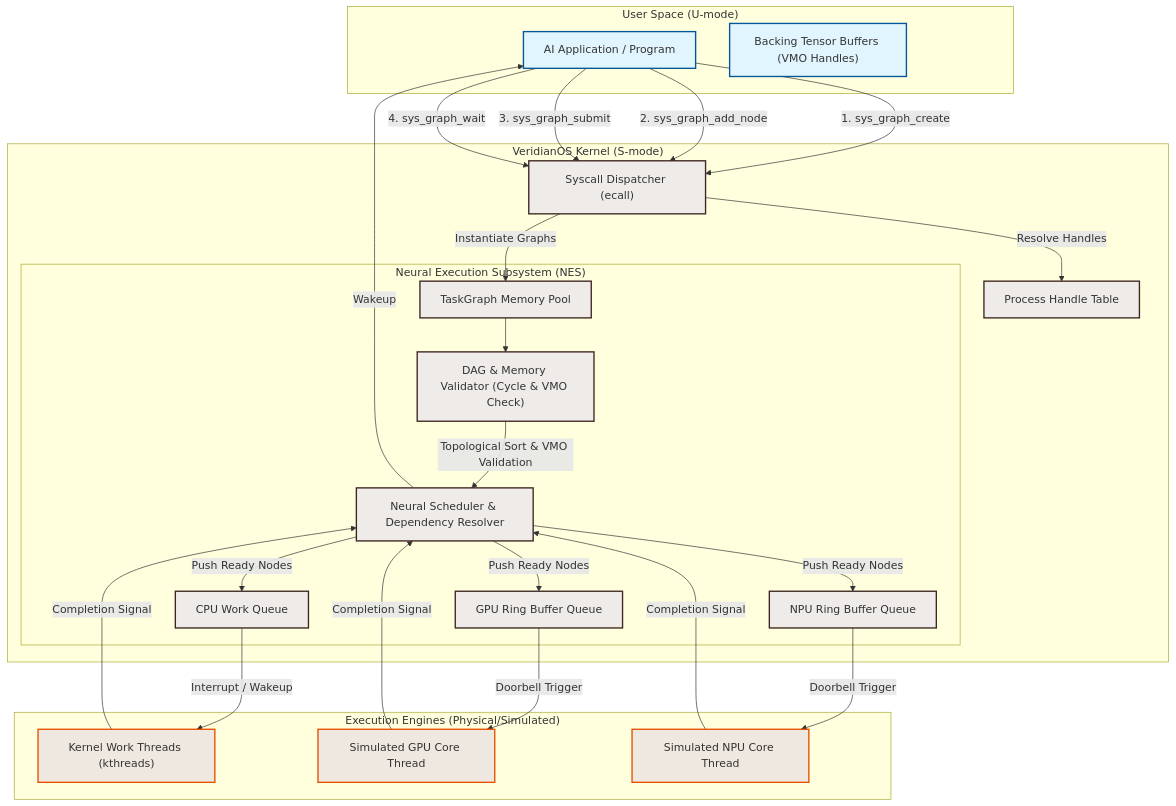
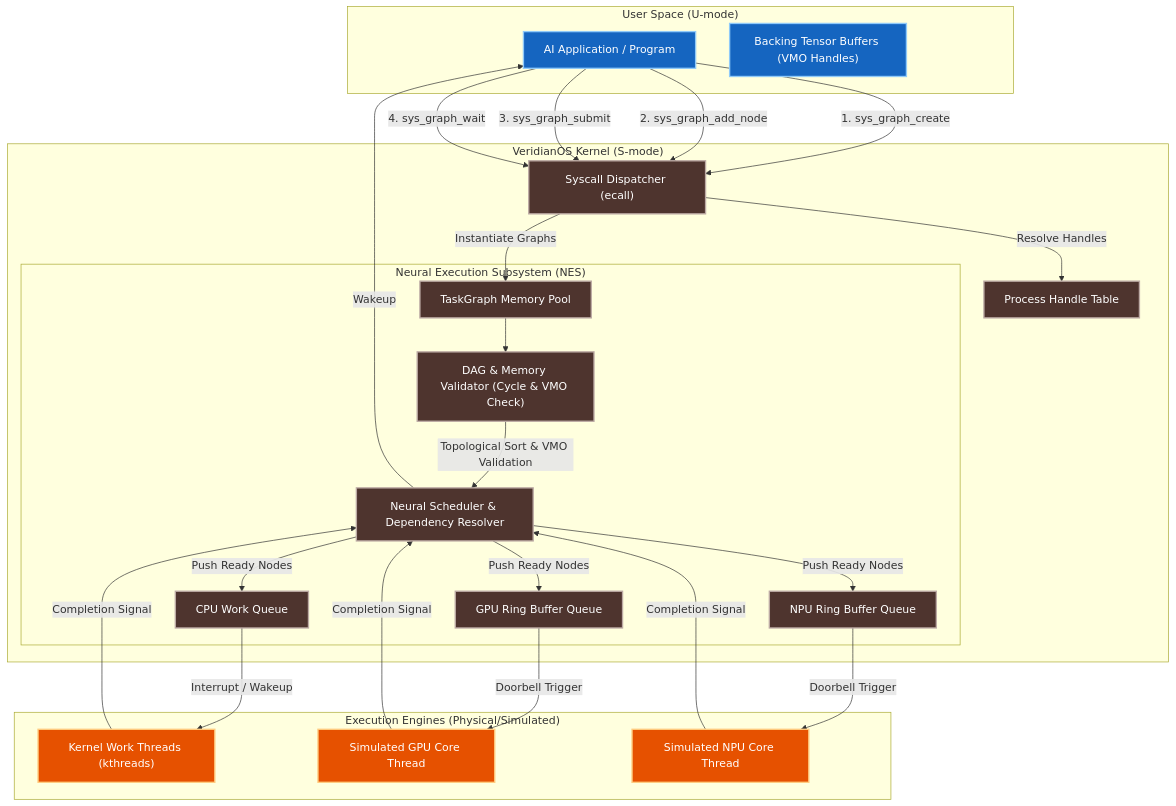
Before and after one commit to hanvith6/VeridianOS: the diagram in docs/PHASE_07_DESIGN.md, drawn with Mermaid. The commit also changed 9 other files, not shown here.

Commit message:
docs: fix mermaid classDef contrast — dark fills + white text across all phase diagrams

````diff
--- a/docs/PHASE_07_DESIGN.md
+++ b/docs/PHASE_07_DESIGN.md
@@ -21,62 +21,62 @@
 ```mermaid
 graph TD
     subgraph UserSpace ["User Space (U-mode)"]
         App["AI Application / Program"]
         UserVMOs["Backing Tensor Buffers (VMO Handles)"]
     end
 
     subgraph KernelSpace ["VeridianOS Kernel (S-mode)"]
         SyscallHandler["Syscall Dispatcher (ecall)"]
         CapTable["Process Handle Table"]
         
         subgraph NES ["Neural Execution Subsystem (NES)"]
             GraphPool["TaskGraph Memory Pool"]
             DAGValidator["DAG & Memory Validator (Cycle & VMO Check)"]
             Scheduler["Neural Scheduler & Dependency Resolver"]
             
             CPU_Queue["CPU Work Queue"]
             GPU_Queue["GPU Ring Buffer Queue"]
             NPU_Queue["NPU Ring Buffer Queue"]
         end
     end
 
     subgraph HardwareSimulation ["Execution Engines (Physical/Simulated)"]
         CPUWorker["Kernel Work Threads (kthreads)"]
         GPUSim["Simulated GPU Core Thread"]
         NPUSim["Simulated NPU Core Thread"]
     end
 
     %% Interactions
     App -->|1. sys_graph_create| SyscallHandler
     App -->|2. sys_graph_add_node| SyscallHandler
     App -->|3. sys_graph_submit| SyscallHandler
     App -->|4. sys_graph_wait| SyscallHandler
 
     SyscallHandler -->|Resolve Handles| CapTable
     SyscallHandler -->|Instantiate Graphs| GraphPool
     
     GraphPool --> DAGValidator
     DAGValidator -->|Topological Sort & VMO Validation| Scheduler
     
     Scheduler -->|Push Ready Nodes| CPU_Queue
     Scheduler -->|Push Ready Nodes| GPU_Queue
     Scheduler -->|Push Ready Nodes| NPU_Queue
 
     CPU_Queue -->|Interrupt / Wakeup| CPUWorker
     GPU_Queue -->|Doorbell Trigger| GPUSim
     NPU_Queue -->|Doorbell Trigger| NPUSim
 
     CPUWorker -->|Completion Signal| Scheduler
     GPUSim -->|Completion Signal| Scheduler
     NPUSim -->|Completion Signal| Scheduler
 
     Scheduler -->|Wakeup| App
     
-    classDef user fill:#e1f5fe,stroke:#01579b,stroke-width:2px;
-    classDef kernel fill:#efebe9,stroke:#3e2723,stroke-width:2px;
-    classDef hw fill:#efe8e0,stroke:#e65100,stroke-width:2px;
+    classDef user fill:#1565c0,stroke:#90caf9,color:#ffffff,stroke-width:2px;
+    classDef kernel fill:#4e342e,stroke:#bcaaa4,color:#ffffff,stroke-width:2px;
+    classDef hw fill:#e65100,stroke:#ffcc80,color:#ffffff,stroke-width:2px;
     
     class App,UserVMOs user;
     class SyscallHandler,CapTable,GraphPool,DAGValidator,Scheduler,CPU_Queue,GPU_Queue,NPU_Queue kernel;
     class CPUWorker,GPUSim,NPUSim hw;
 ```
````
